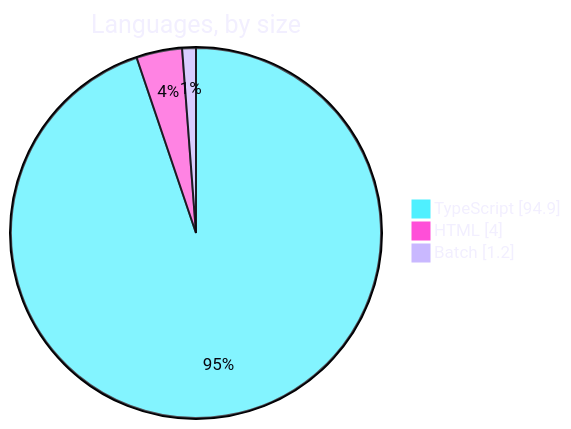
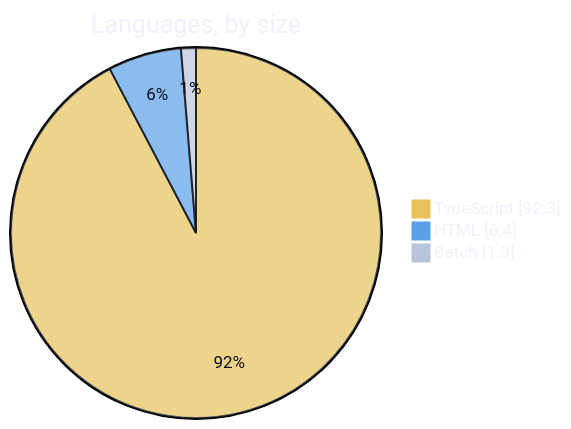
Before and after one commit to Theo-Erickson/FEArchitect: the second of 2 diagrams in README.md, drawn with Mermaid. The commit also changed other lines of this file and 11 other files, not shown here.

````diff
--- a/README.md
+++ b/README.md
@@ -173,8 +212,8 @@
 ```mermaid
-%%{init: {'theme':'base','themeVariables':{'primaryColor':'#1a0f38','primaryTextColor':'#f2efff','primaryBorderColor':'#ff4fd8','lineColor':'#ff4fd8','secondaryColor':'#2a0f3e','tertiaryColor':'#07060f','pie1':'#4ff0ff','pie2':'#ff4fd8','pie3':'#c9b8ff','pie4':'#2a0f3e','pie5':'#1a0f38','pieTitleTextColor':'#f2efff','pieSectionTextColor':'#07060f','pieLegendTextColor':'#f2efff','pieStrokeColor':'#07060f'}}}%%
+%%{init: {'theme':'base','themeVariables':{'primaryColor':'#121a2e','primaryTextColor':'#f2efff','primaryBorderColor':'#e8c15a','lineColor':'#e8c15a','secondaryColor':'#1c2742','tertiaryColor':'#0c0f1a','pie1':'#e8c15a','pie2':'#5aa0e8','pie3':'#b8c4dc','pie4':'#1c2742','pie5':'#121a2e','pieTitleTextColor':'#f2efff','pieSectionTextColor':'#0c0f1a','pieLegendTextColor':'#f2efff','pieStrokeColor':'#0c0f1a'}}}%%
 pie showData
     title Languages, by size
-    "TypeScript" : 94.9
-    "HTML" : 4
-    "Batch" : 1.2
+    "TypeScript" : 92.3
+    "HTML" : 6.4
+    "Batch" : 1.3
 ```
````
